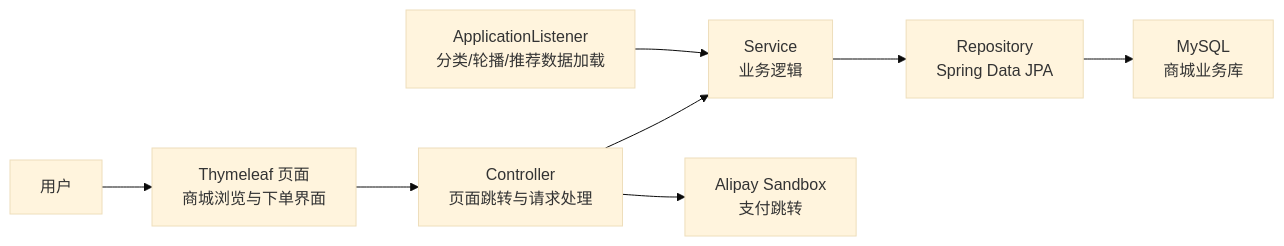
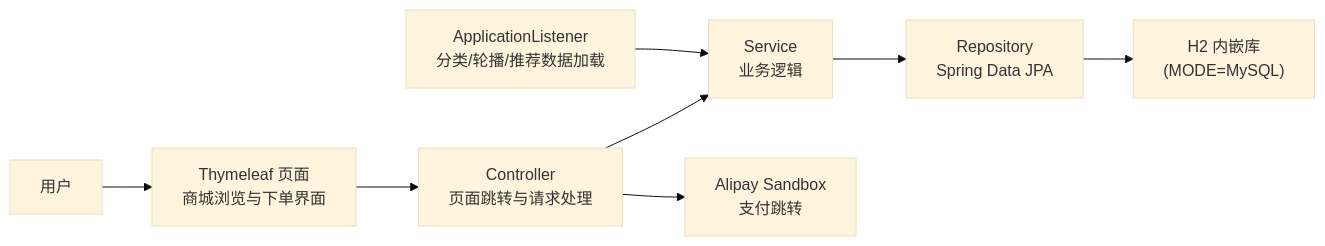
Before and after one commit to White-147/ShopRecommendation: the first of 2 diagrams in README.md, drawn with Mermaid (base theme). The commit also changed other lines of this file and 23 other files, not shown here.

Commit message:
fix: 商品图片路径统一为 /images/shops/（data.sql 加前缀，模板去掉双重前缀）；README 更新为 H2 内嵌库与 460 商品描述

````diff
--- a/README.md
+++ b/README.md
@@ -71,10 +71,10 @@
 ```mermaid
 flowchart LR
     User["用户"] --> Page["Thymeleaf 页面\n商城浏览与下单界面"]
     Page --> Controller["Controller\n页面跳转与请求处理"]
     Controller --> Service["Service\n业务逻辑"]
     Service --> Repository["Repository\nSpring Data JPA"]
-    Repository --> MySQL["MySQL\n商城业务库"]
+    Repository --> H2["H2 内嵌库\n(MODE=MySQL)"]
     Controller --> Alipay["Alipay Sandbox\n支付跳转"]
     Listener["ApplicationListener\n分类/轮播/推荐数据加载"] --> Service
 ```
````
